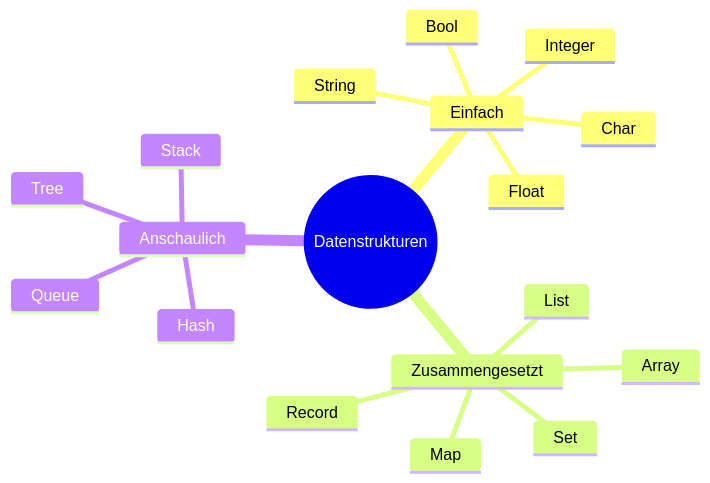
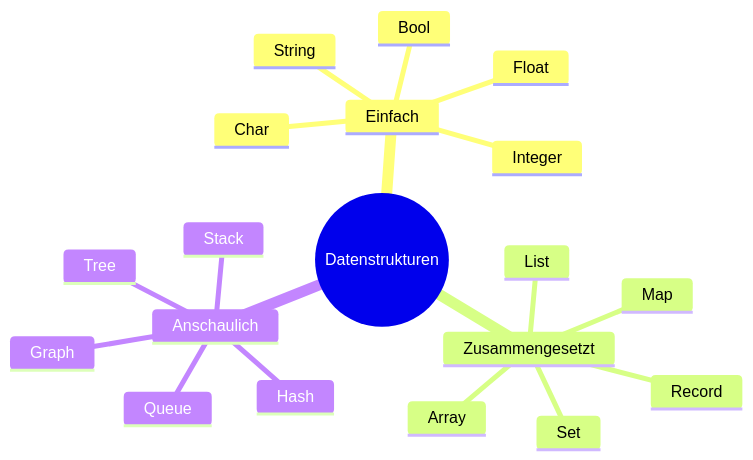
The diagram in informatik/datenstrukturen.md (jellybrigade/wikijs), drawn with Mermaid before and after one commit. The commit also changed other lines of this file, not shown here.

````diff
--- a/informatik/datenstrukturen.md
+++ b/informatik/datenstrukturen.md
@@ -5,21 +5,22 @@
 ```mermaid
 mindmap
   root((Datenstrukturen))
     Einfach
       Integer
       Float
       String
       Char
       Bool
     Zusammengesetzt
       Array
       Record
       List
       Set
       Map
     Anschaulich
       Queue
       Stack
       Hash
       Tree
+      Graph
 ```
````
